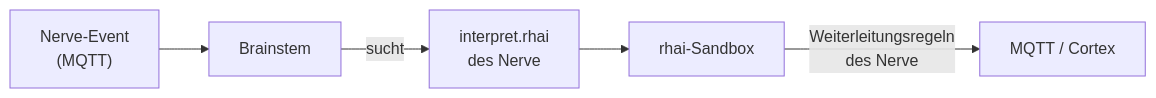
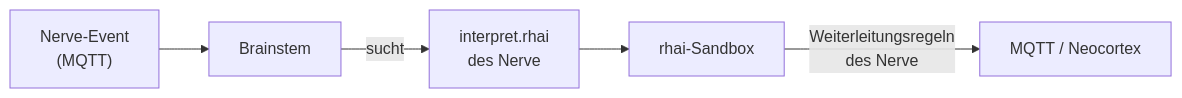
Before and after one commit to Superheld/aiux: the seventh of 7 diagrams in docs/ARCHITECTURE.md, drawn with Mermaid. The commit also changed other lines of this file and 15 other files, not shown here.

First line of the commit message:
feat(shell): ShellTool + Rename cortex → neocortex (Phase E)

````diff
--- a/docs/ARCHITECTURE.md
+++ b/docs/ARCHITECTURE.md
@@ -261,7 +261,7 @@
 ```mermaid
 flowchart LR
   MQTT["Nerve-Event\n(MQTT)"] --> BS["Brainstem"]
   BS -->|"sucht"| I["interpret.rhai\ndes Nerve"]
   I --> R["rhai-Sandbox"]
-  R -->|"Weiterleitungsregeln\ndes Nerve"| Out["MQTT / Cortex"]
+  R -->|"Weiterleitungsregeln\ndes Nerve"| Out["MQTT / Neocortex"]
 ```
````
